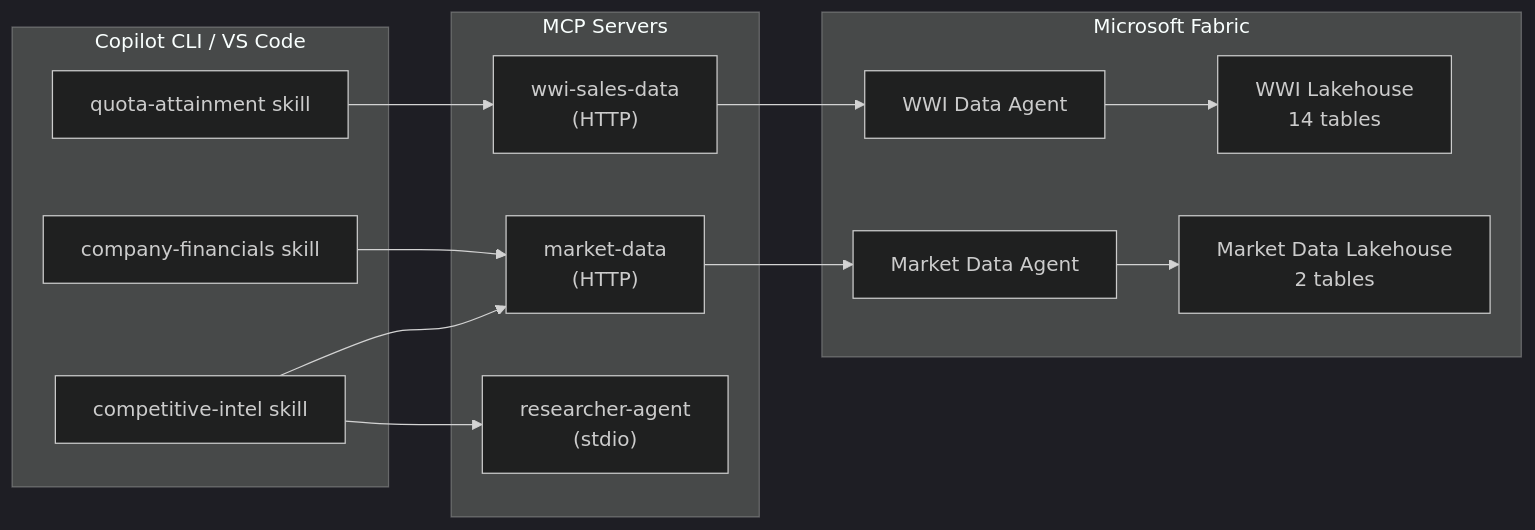
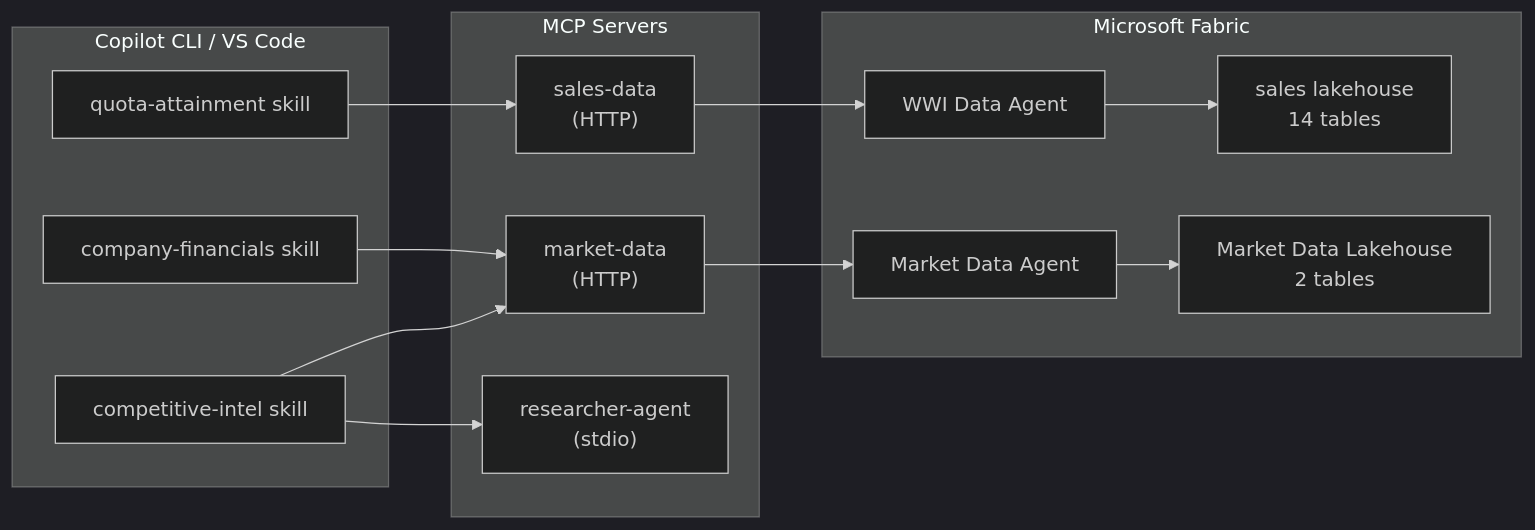
The diagram in docs/data-paths.md (ericchansen/agent-demo-dev), drawn with Mermaid (dark theme) before and after one commit. The commit also changed other lines of this file and 35 other files, not shown here.

````diff
--- a/docs/data-paths.md
+++ b/docs/data-paths.md
@@ -7,30 +7,30 @@
 ```mermaid
 graph LR
     subgraph "Copilot CLI / VS Code"
         S1[quota-attainment skill]
         S2[company-financials skill]
         S3[competitive-intel skill]
     end
 
     subgraph "MCP Servers"
-        M1["wwi-sales-data<br/>(HTTP)"]
+        M1["sales-data<br/>(HTTP)"]
         M2["market-data<br/>(HTTP)"]
         M3["researcher-agent<br/>(stdio)"]
     end
 
     subgraph "Microsoft Fabric"
         DA1["WWI Data Agent"]
         DA2["Market Data Agent"]
-        LH1["WWI Lakehouse<br/>14 tables"]
+        LH1["sales lakehouse<br/>14 tables"]
         LH2["Market Data Lakehouse<br/>2 tables"]
     end
 
     S1 --> M1
     S2 --> M2
     S3 --> M2
     S3 --> M3
     M1 --> DA1
     M2 --> DA2
     DA1 --> LH1
     DA2 --> LH2
 ```
````
